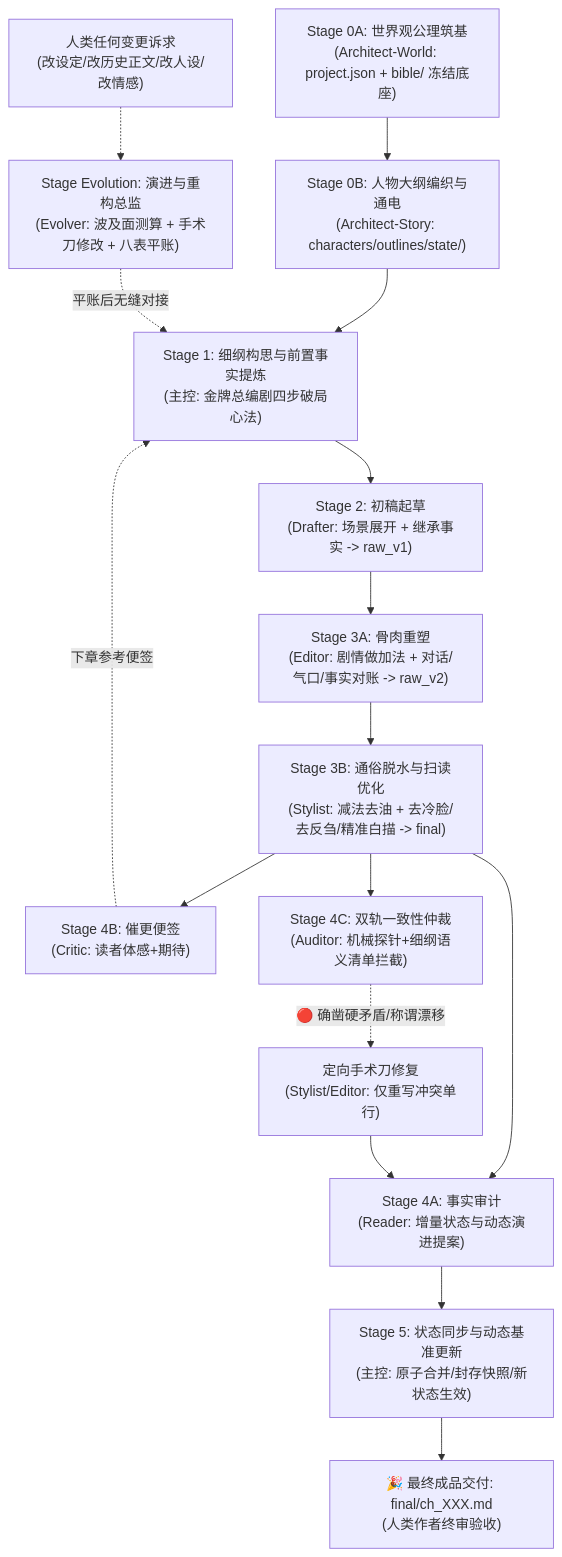
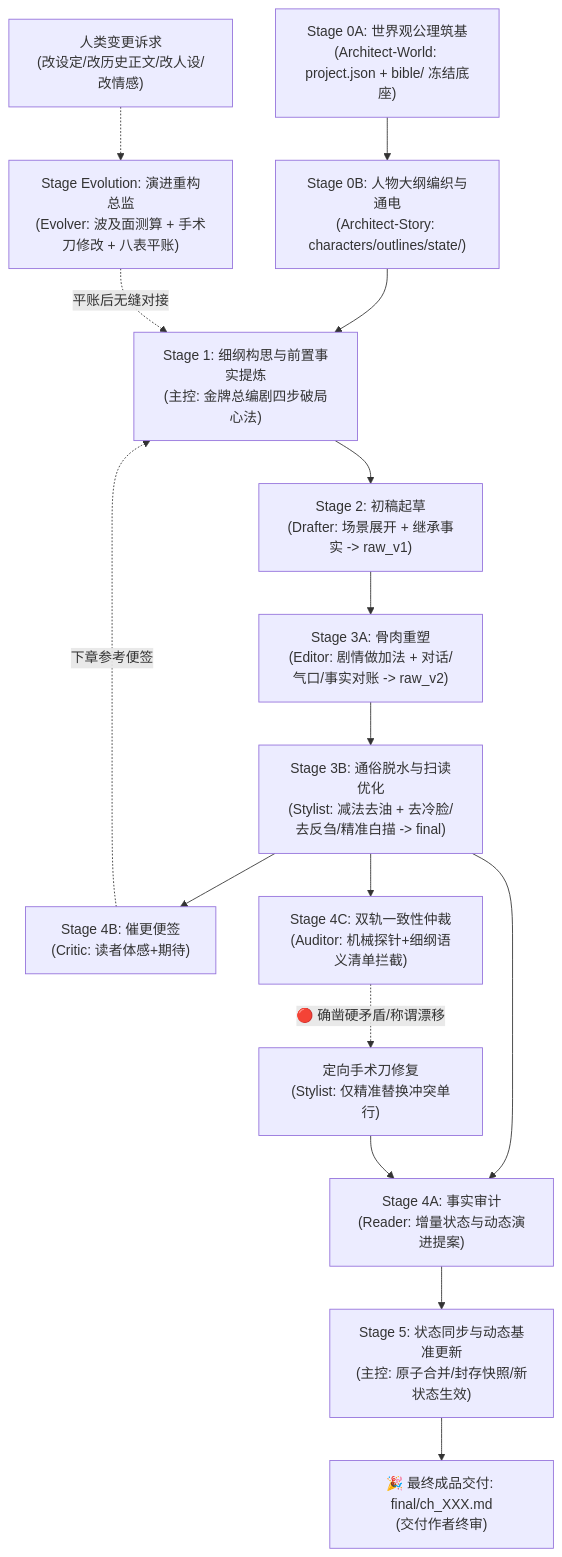
The diagram in AGENTS.md (cg110902/NOVEL), drawn with Mermaid before and after one commit. The commit also changed other lines of this file and 22 other files, not shown here.

````diff
--- a/AGENTS.md
+++ b/AGENTS.md
@@ -49,19 +48,19 @@
 ```mermaid
 graph TD
     S0A["Stage 0A: 世界观公理筑基<br/>(Architect-World: project.json + bible/ 冻结底座)"] --> S0B["Stage 0B: 人物大纲编织与通电<br/>(Architect-Story: characters/outlines/state/)"]
     S0B --> S1["Stage 1: 细纲构思与前置事实提炼<br/>(主控: 金牌总编剧四步破局心法)"]
     S1 --> S2["Stage 2: 初稿起草<br/>(Drafter: 场景展开 + 继承事实 -> raw_v1)"]
     S2 --> S3A["Stage 3A: 骨肉重塑<br/>(Editor: 剧情做加法 + 对话/气口/事实对账 -> raw_v2)"]
     S3A --> S3B["Stage 3B: 通俗脱水与扫读优化<br/>(Stylist: 减法去油 + 去冷脸/去反刍/精准白描 -> final)"]
     S3B --> S4A["Stage 4A: 事实审计<br/>(Reader: 增量状态与动态演进提案)"]
     S3B --> S4B["Stage 4B: 催更便签<br/>(Critic: 读者体感+期待)"]
     S3B --> S4C["Stage 4C: 双轨一致性仲裁<br/>(Auditor: 机械探针+细纲语义清单拦截)"]
-    S4C -. "🔴 确凿硬矛盾/称谓漂移" .-> S3Patch["定向手术刀修复<br/>(Stylist/Editor: 仅重写冲突单行)"]
+    S4C -. "🔴 确凿硬矛盾/称谓漂移" .-> S3Patch["定向手术刀修复<br/>(Stylist: 仅精准替换冲突单行)"]
     S3Patch --> S4A
     S4A --> S5["Stage 5: 状态同步与动态基准更新<br/>(主控: 原子合并/封存快照/新状态生效)"]
     S4B -. "下章参考便签" .-> S1
-    S5 --> S6["🎉 最终成品交付: final/ch_XXX.md<br/>(人类作者终审验收)"]
+    S5 --> S6["🎉 最终成品交付: final/ch_XXX.md<br/>(交付作者终审)"]
 
-    UserChange["人类任何变更诉求<br/>(改设定/改历史正文/改人设/改情感)"] -.-> SEvolution["Stage Evolution: 演进与重构总监<br/>(Evolver: 波及面测算 + 手术刀修改 + 八表平账)"]
+    UserChange["人类变更诉求<br/>(改设定/改历史正文/改人设/改情感)"] -.-> SEvolution["Stage Evolution: 演进重构总监<br/>(Evolver: 波及面测算 + 手术刀修改 + 八表平账)"]
     SEvolution -. "平账后无缝对接" .-> S1
 ```
````
